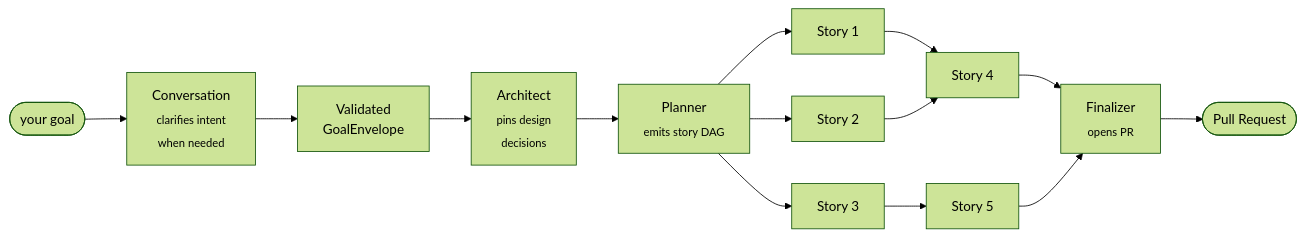
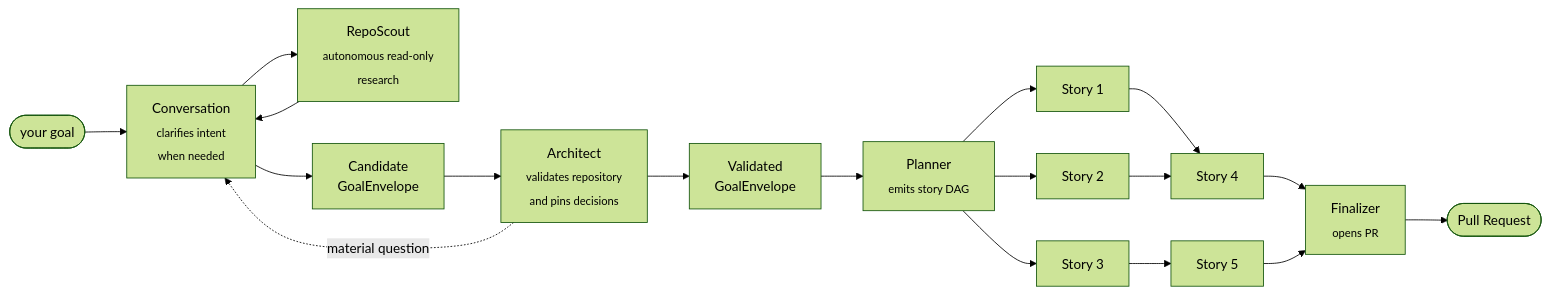
One commit to jigjoy-ai/baro changed the first of 2 diagrams in README.md. Above: the diagram before and after it, drawn with Mermaid (forest theme). The commit also changed other lines of this file and 67 other files, not shown here.

Commit message:
feat: add autonomous repository scout front door

````diff
--- a/README.md
+++ b/README.md
@@ -38,16 +38,20 @@
 ```mermaid
 flowchart LR
     Goal([your goal]) --> C[Conversation<br/><sub>clarifies intent<br/>when needed</sub>]
-    C --> G[Validated<br/>GoalEnvelope]
-    G --> A[Architect<br/><sub>pins design<br/>decisions</sub>]
-    A --> P[Planner<br/><sub>emits story DAG</sub>]
+    C --> R[RepoScout<br/><sub>autonomous read-only<br/>research</sub>]
+    R --> C
+    C --> K[Candidate<br/>GoalEnvelope]
+    K --> A[Architect<br/><sub>validates repository<br/>and pins decisions</sub>]
+    A -. material question .-> C
+    A --> G[Validated<br/>GoalEnvelope]
+    G --> P[Planner<br/><sub>emits story DAG</sub>]
     P --> S1[Story 1]
     P --> S2[Story 2]
     P --> S3[Story 3]
     S1 --> S4[Story 4]
     S2 --> S4
     S3 --> S5[Story 5]
     S4 --> F[Finalizer<br/><sub>opens PR</sub>]
     S5 --> F
     F --> PR([Pull Request])
 ```
````
